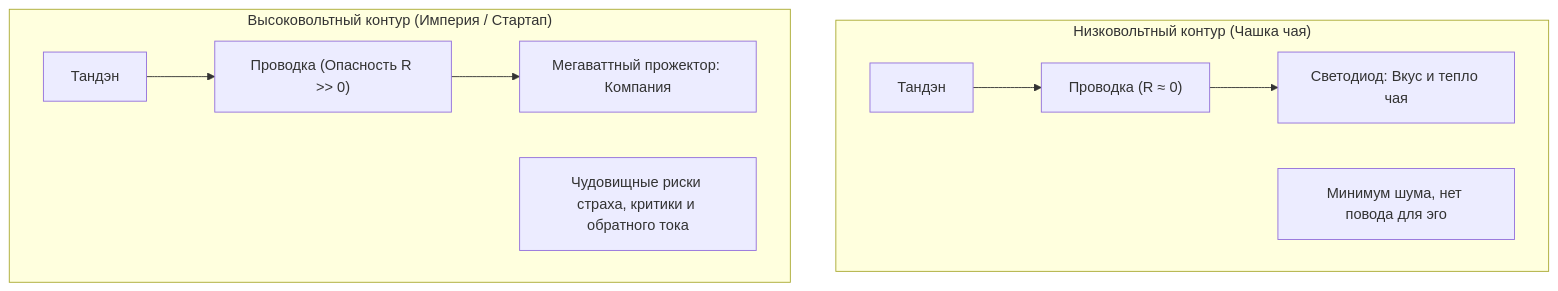
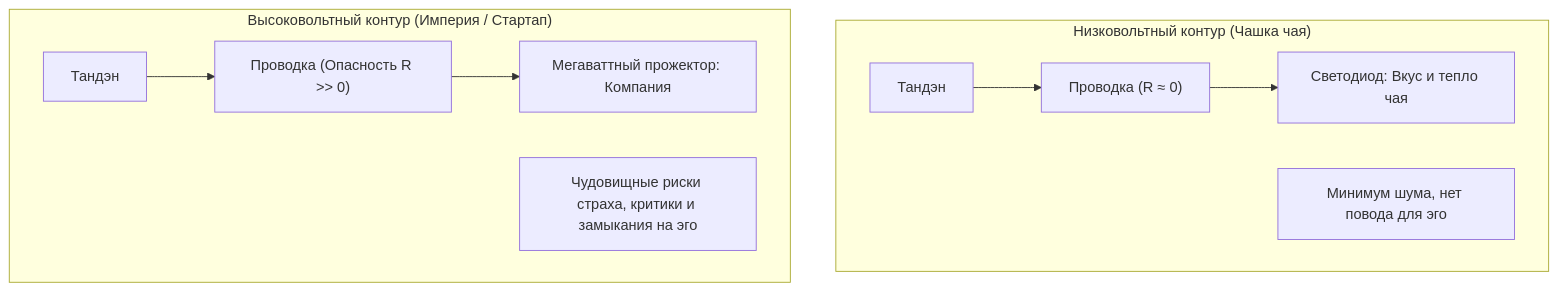
One commit to vsanyanov-ux/inner-current changed the first of 2 diagrams in wiki/03-scale-invariance-and-tea-ceremony.md. Above: the diagram before and after it, drawn with Mermaid. The commit also changed other lines of this file and 81 other files, not shown here.

Commit message:
feat(core): v1.4.0 - Zen architecture refactoring, pure physics engine, telemetry validation and domain registries

````diff
--- a/wiki/03-scale-invariance-and-tea-ceremony.md
+++ b/wiki/03-scale-invariance-and-tea-ceremony.md
@@ -16,12 +16,12 @@
 ```mermaid
 flowchart TD
     subgraph LowVolt ["Низковольтный контур (Чашка чая)"]
         T1["Тандэн"] --> W1["Проводка (R ≈ 0)"] --> L1["Светодиод: Вкус и тепло чая"]
         Note1["Минимум шума, нет повода для эго"]
     end
 
     subgraph HighVolt ["Высоковольтный контур (Империя / Стартап)"]
         T2["Тандэн"] --> W2["Проводка (Опасность R >> 0)"] --> L2["Мегаваттный прожектор: Компания"]
-        Note2["Чудовищные риски страха, критики и обратного тока"]
+        Note2["Чудовищные риски страха, критики и замыкания на эго"]
     end
 ```
````
